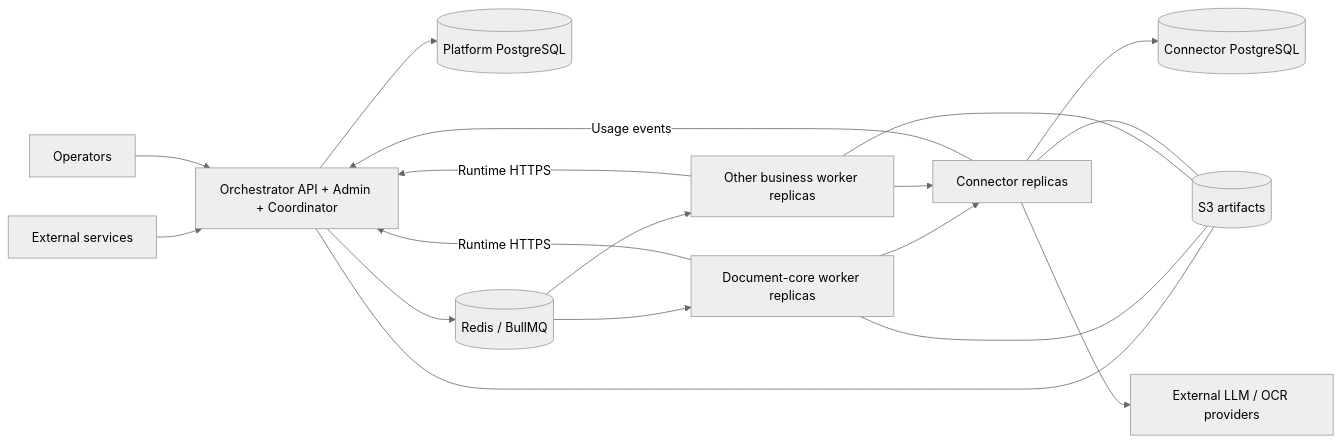
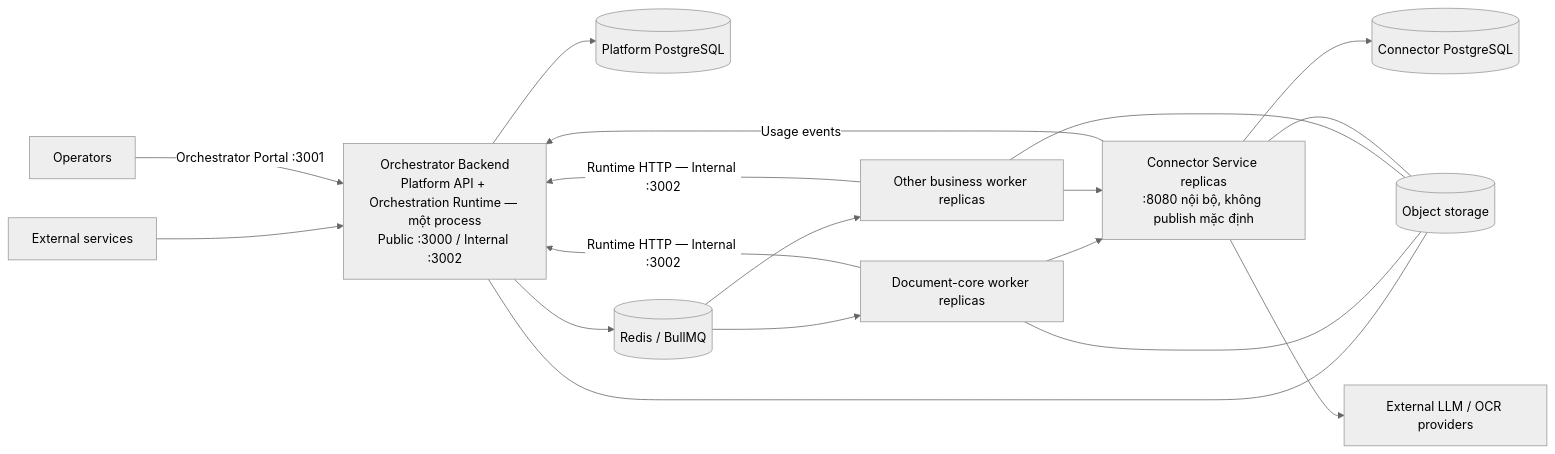
One commit to OrgGem/dugate changed the first of 2 diagrams in du-rework/architecture/02-application.md. Above: the diagram before and after it, drawn with Mermaid (neutral theme). The commit also changed other lines of this file and 3975 other files, not shown here.

````diff
--- a/du-rework/architecture/02-application.md
+++ b/du-rework/architecture/02-application.md
@@ -5,20 +5,20 @@
 ```mermaid
 flowchart LR
-  Client[External services] --> O[Orchestrator API + Admin + Coordinator]
-  Admin[Operators] --> O
+  Client[External services] --> O[Orchestrator Backend<br/>Platform API + Orchestration Runtime — một process<br/>Public :3000 / Internal :3002]
+  Admin[Operators] -->|Orchestrator Portal :3001| O
   O --> P[(Platform PostgreSQL)]
   O --> Q[(Redis / BullMQ)]
   Q --> W[Document-core worker replicas]
   Q --> B[Other business worker replicas]
-  W -->|Runtime HTTPS| O
-  B -->|Runtime HTTPS| O
-  W --> C[Connector replicas]
+  W -->|Runtime HTTP — Internal :3002| O
+  B -->|Runtime HTTP — Internal :3002| O
+  W --> C[Connector Service replicas<br/>:8080 nội bộ, không publish mặc định]
   B --> C
   C --> D[(Connector PostgreSQL)]
   C --> L[External LLM / OCR providers]
   C -->|Usage events| O
-  O --- S[(S3 artifacts)]
+  O --- S[(Object storage)]
   W --- S
   B --- S
   C --- S
 ```
````
